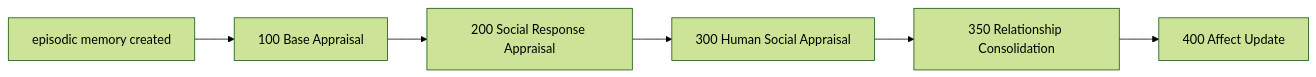
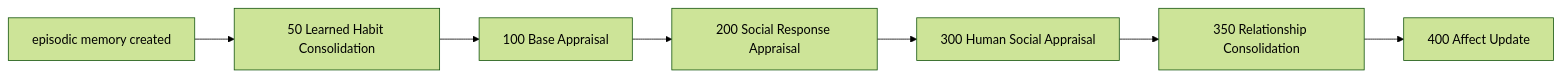
Before and after one commit to Prysline/emergent-causal-sim: the second of 2 diagrams in docs/tick-pipeline.md, drawn with Mermaid (forest theme). The commit also changed other lines of this file and 16 other files, not shown here.

````diff
--- a/docs/tick-pipeline.md
+++ b/docs/tick-pipeline.md
@@ -201,8 +215,9 @@
 ```mermaid
 flowchart LR
-    M[episodic memory created] --> P100[100 Base Appraisal]
+    M[episodic memory created] --> H50[50 Learned Habit Consolidation]
+    H50 --> P100[100 Base Appraisal]
     P100 --> P200[200 Social Response Appraisal]
     P200 --> P300[300 Human Social Appraisal]
     P300 --> P350[350 Relationship Consolidation]
     P350 --> P400[400 Affect Update]
 ```
````
